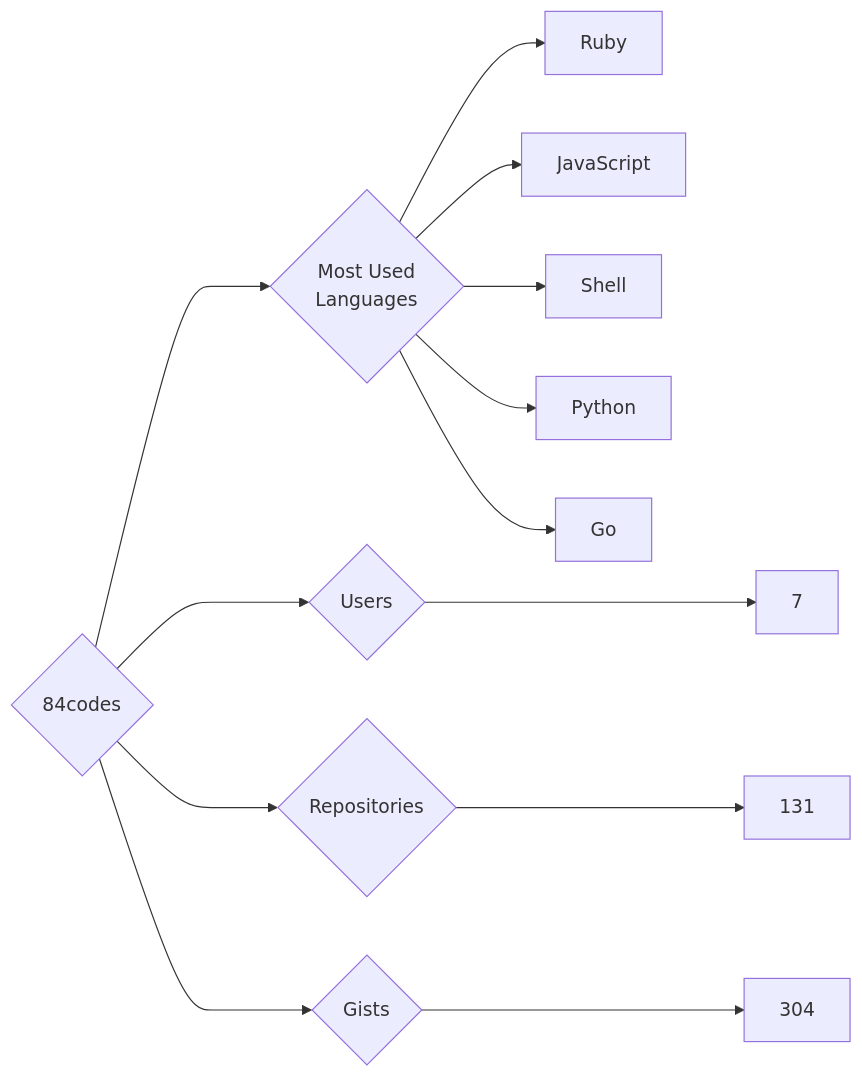
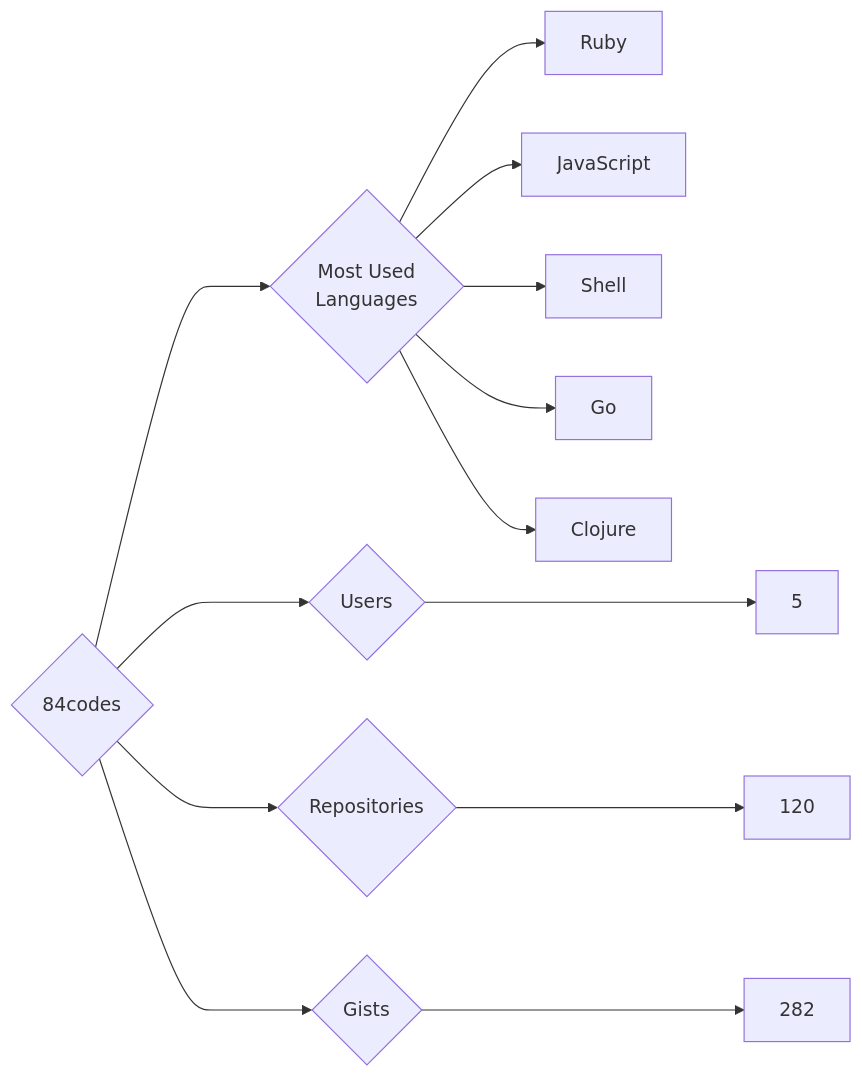
Before and after one commit to trickest/insiders: the diagram in targets/84codes/README.md, drawn with Mermaid. The commit also changed 888 other files, not shown here.

````diff
--- a/targets/84codes/README.md
+++ b/targets/84codes/README.md
@@ -3,13 +3,13 @@
 ```mermaid
 graph LR
 COMPANY_NAME{84codes}
-COMPANY_NAME ---> U{Users} ---> UN[7]
-COMPANY_NAME ---> R{Repositories} ---> RN[131]
-COMPANY_NAME ---> G{Gists} ---> GN[304]
+COMPANY_NAME ---> U{Users} ---> UN[5]
+COMPANY_NAME ---> R{Repositories} ---> RN[120]
+COMPANY_NAME ---> G{Gists} ---> GN[282]
 COMPANY_NAME ---> ML{Most Used<br>Languages}
 ML --> Ruby[Ruby]
 ML --> JavaScript[JavaScript]
 ML --> Shell[Shell]
-ML --> Python[Python]
 ML --> Go[Go]
+ML --> Clojure[Clojure]
 ```
````
